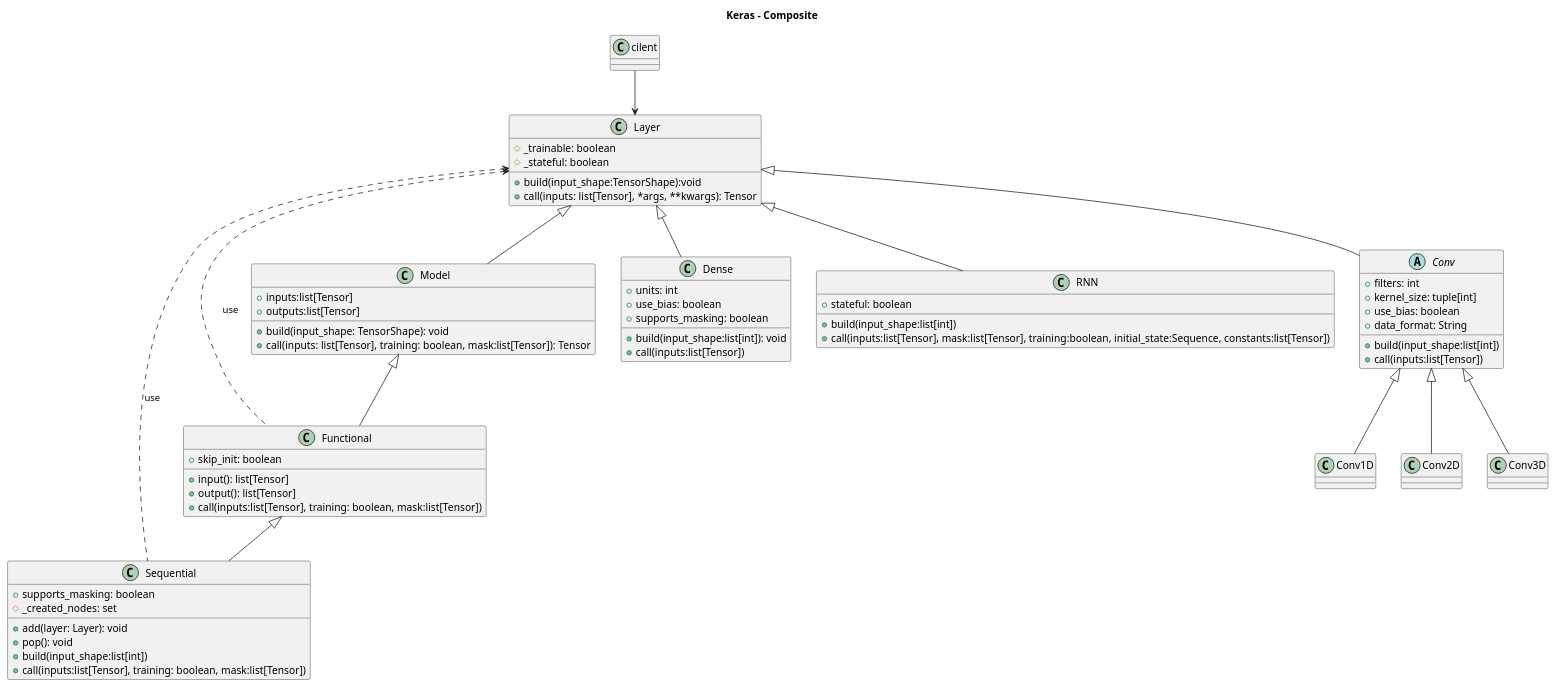
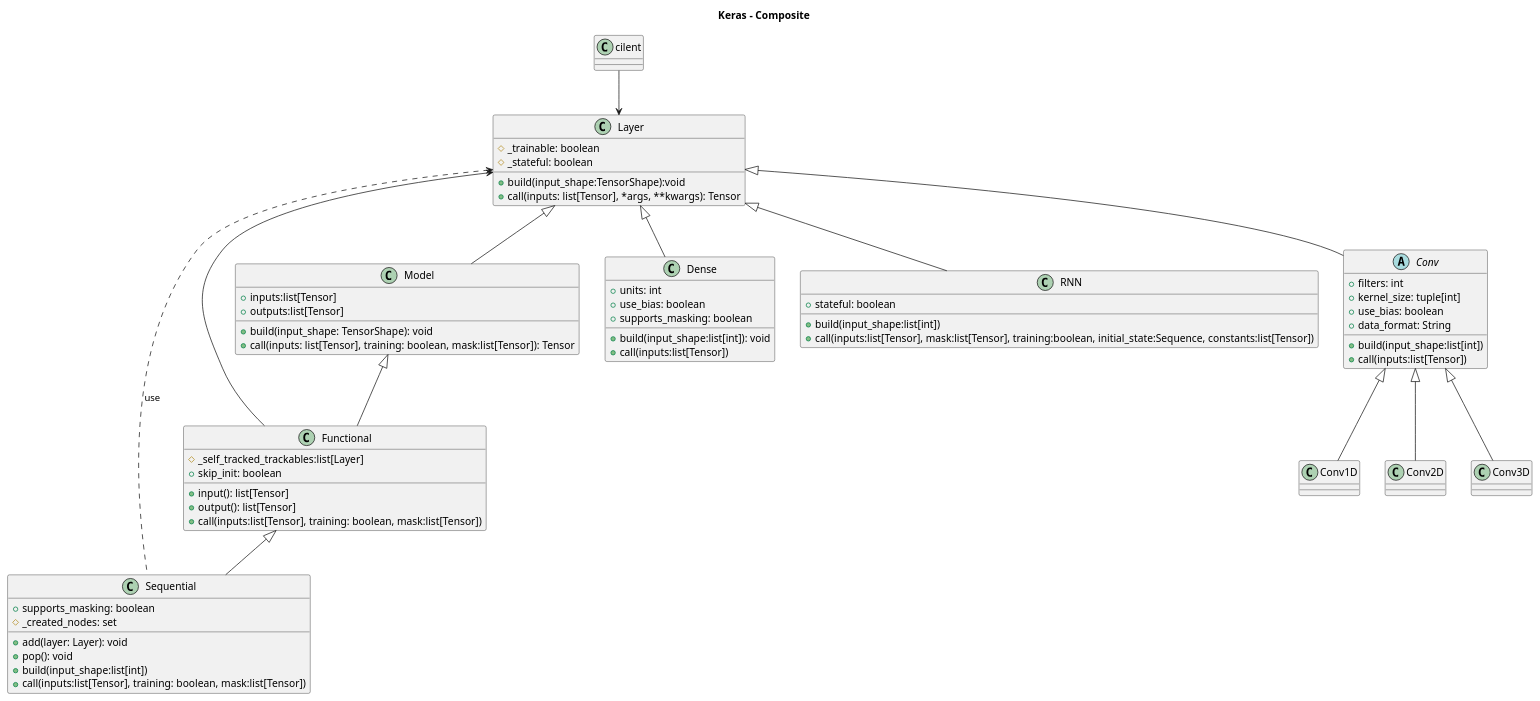
Before and after one commit to pholpaphankorn/keras_softarch_assignment: the diagram in uml_diagram/src/keras_Composite.puml, drawn with PlantUML. The commit also changed 4 other files, not shown here.

Commit message:
change diagram

```diff
--- a/uml_diagram/src/keras_Composite.puml
+++ b/uml_diagram/src/keras_Composite.puml
@@ -1,76 +1,77 @@
 @startuml
 
 title Keras - Composite
 
 class Layer {
     +build(input_shape:TensorShape):void
     +call(inputs: list[Tensor], *args, **kwargs): Tensor
     #_trainable: boolean
     #_stateful: boolean
 } 
 
 class Model extends Layer{
     +build(input_shape: TensorShape): void
     +call(inputs: list[Tensor], training: boolean, mask:list[Tensor]): Tensor
     +inputs:list[Tensor]
     +outputs:list[Tensor]
 }
 
 class Dense extends Layer {
     +build(input_shape:list[int]): void
     +call(inputs:list[Tensor])
     +units: int
     +use_bias: boolean
     +supports_masking: boolean
 }
 
 class RNN extends Layer {
     +build(input_shape:list[int])
     +call(inputs:list[Tensor], mask:list[Tensor], training:boolean, initial_state:Sequence, constants:list[Tensor])
     +stateful: boolean
 }
 class cilent{
 
 }
 abstract class Conv extends Layer {
     +build(input_shape:list[int])
     +call(inputs:list[Tensor])
     +filters: int
     +kernel_size: tuple[int]
     +use_bias: boolean
     +data_format: String
 }
 class Conv1D extends Conv{
     
 }
 class Conv2D extends Conv{
 
 }
 class Conv3D extends Conv{
     
 }
 
 class Functional extends Model {
+    #_self_tracked_trackables:list[Layer]
     +input(): list[Tensor]
     +output(): list[Tensor]
     +call(inputs:list[Tensor], training: boolean, mask:list[Tensor])
     +skip_init: boolean
 }
 
 class Sequential extends Functional {
     +add(layer: Layer): void
     +pop(): void
     +build(input_shape:list[int])
     +call(inputs:list[Tensor], training: boolean, mask:list[Tensor])
     +supports_masking: boolean
     #_created_nodes: set
 
 }
 
 Sequential .left.> Layer : use
-Functional .left.> Layer : use
+Functional -left-> Layer
 cilent --> Layer
 
 
 
 @enduml
```
